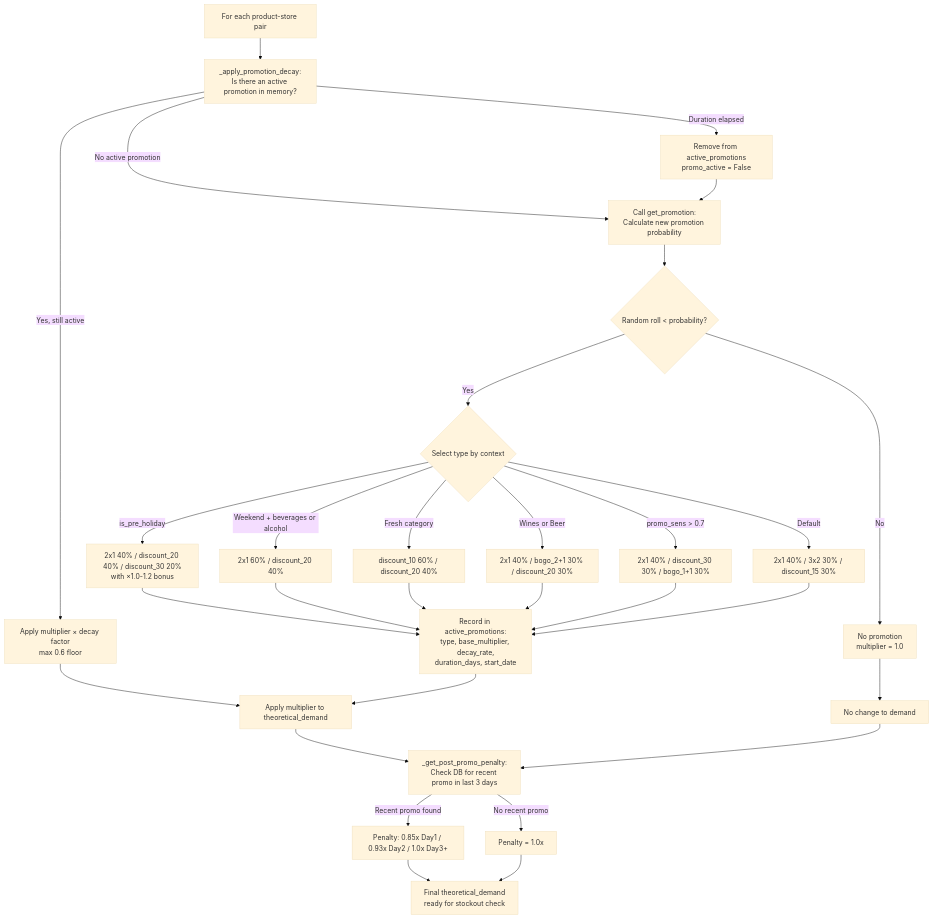
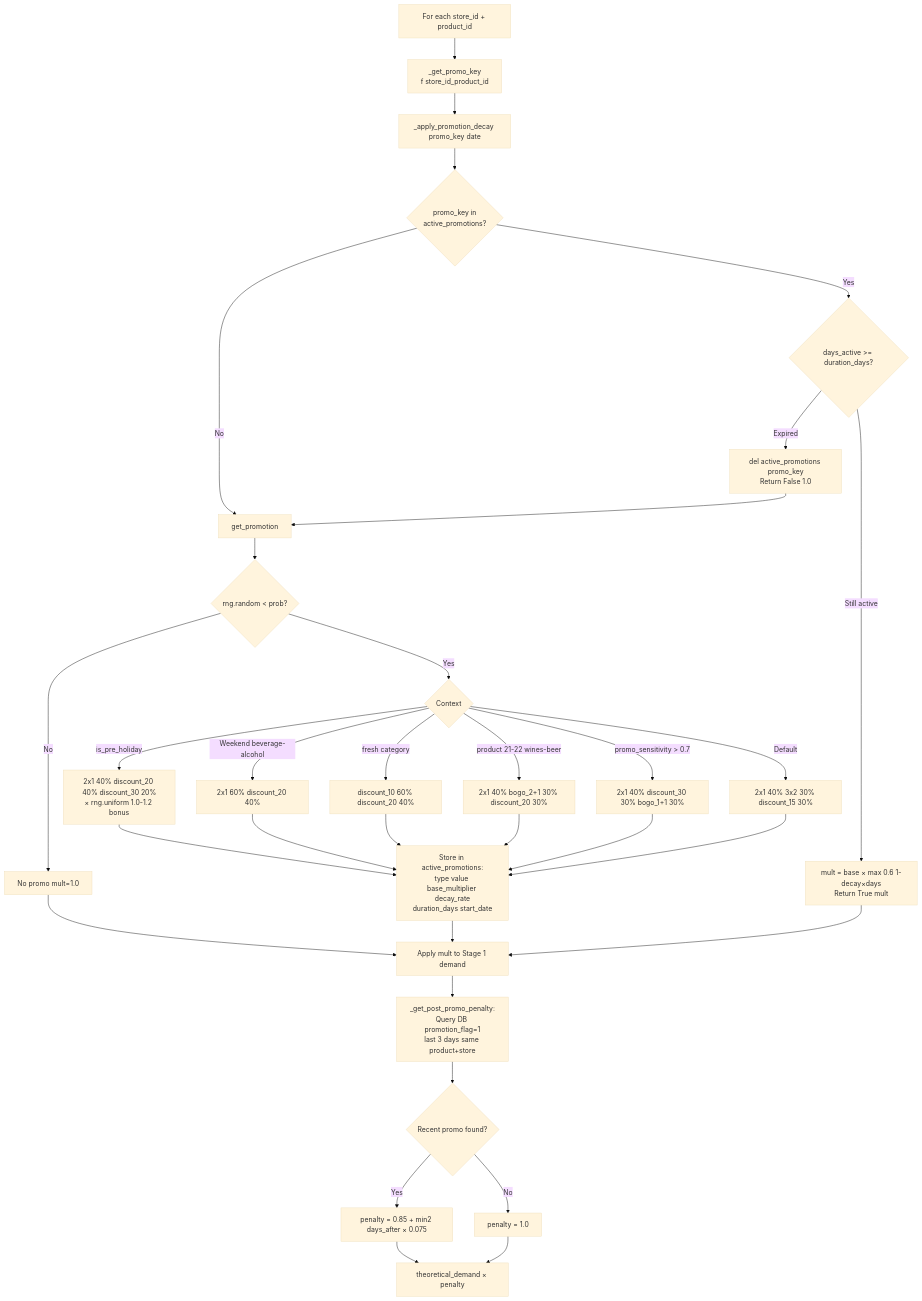
One commit to adroguetth/Sales-Monitoring-Engine changed the fourth of 5 diagrams in Documentation_EN/1_2.sales_generator.md. Above: the diagram before and after it, drawn with Mermaid (base theme). The commit also changed other lines of this file, not shown here.

````diff
--- a/Documentation_EN/1_2.sales_generator.md
+++ b/Documentation_EN/1_2.sales_generator.md
@@ -370,32 +337,31 @@
 ```mermaid
 flowchart TD
-    A[For each product-store pair] --> B[_apply_promotion_decay:\nIs there an active promotion in memory?]
+    A[For each store_id + product_id] --> B[_get_promo_key\nf store_id_product_id]
+    B --> C[_apply_promotion_decay promo_key date]
 
-    B -->|Yes, still active| C[Apply multiplier × decay factor\nmax 0.6 floor]
-    B -->|Duration elapsed| D[Remove from active_promotions\npromo_active = False]
-    B -->|No active promotion| E[Call get_promotion:\nCalculate new promotion probability]
+    C --> D{promo_key in\nactive_promotions?}
+    D -->|No| NEW[get_promotion]
+    D -->|Yes| E{days_active >= duration_days?}
+    E -->|Expired| EX[del active_promotions promo_key\nReturn False 1.0]
+    EX --> NEW
+    E -->|Still active| LIVE[mult = base × max 0.6 1-decay×days\nReturn True mult]
 
-    D --> E
+    NEW --> F{rng.random < prob?}
+    F -->|No| NONE[No promo mult=1.0]
+    F -->|Yes| CTX{Context}
+    CTX -->|is_pre_holiday| P1[2x1 40% discount_20 40% discount_30 20%\n× rng.uniform 1.0-1.2 bonus]
+    CTX -->|Weekend beverage-alcohol| P2[2x1 60% discount_20 40%]
+    CTX -->|fresh category| P3[discount_10 60% discount_20 40%]
+    CTX -->|product 21-22 wines-beer| P4[2x1 40% bogo_2+1 30% discount_20 30%]
+    CTX -->|promo_sensitivity > 0.7| P5[2x1 40% discount_30 30% bogo_1+1 30%]
+    CTX -->|Default| P6[2x1 40% 3x2 30% discount_15 30%]
 
-    E --> F{Random roll < probability?}
-    F -->|No| G[No promotion\nmultiplier = 1.0]
-    F -->|Yes| H{Select type by context}
+    P1 & P2 & P3 & P4 & P5 & P6 --> SAVE[Store in active_promotions:\ntype value base_multiplier decay_rate\nduration_days start_date]
 
-    H -->|is_pre_holiday| I[2x1 40% / discount_20 40% / discount_30 20%\nwith ×1.0-1.2 bonus]
-    H -->|Weekend + beverages or alcohol| J[2x1 60% / discount_20 40%]
-    H -->|Fresh category| K[discount_10 60% / discount_20 40%]
-    H -->|Wines or Beer| L[2x1 40% / bogo_2+1 30% / discount_20 30%]
-    H -->|promo_sens > 0.7| M[2x1 40% / discount_30 30% / bogo_1+1 30%]
-    H -->|Default| N[2x1 40% / 3x2 30% / discount_15 30%]
-
-    I & J & K & L & M & N --> O[Record in active_promotions:\ntype, base_multiplier, decay_rate,\nduration_days, start_date]
-
-    C & O --> P[Apply multiplier to theoretical_demand]
-    G --> Q[No change to demand]
-
-    P & Q --> R[_get_post_promo_penalty:\nCheck DB for recent promo in last 3 days]
-    R -->|Recent promo found| S[Penalty: 0.85x Day1 / 0.93x Day2 / 1.0x Day3+]
-    R -->|No recent promo| T[Penalty = 1.0x]
-
-    S & T --> U[Final theoretical_demand\nready for stockout check]
+    LIVE & SAVE & NONE --> APPLY[Apply mult to Stage 1 demand]
+    APPLY --> PEN[_get_post_promo_penalty:\nQuery DB promotion_flag=1\nlast 3 days same product+store]
+    PEN --> V{Recent promo found?}
+    V -->|Yes| VA[penalty = 0.85 + min2 days_after × 0.075]
+    V -->|No| VB[penalty = 1.0]
+    VA & VB --> FINAL[theoretical_demand × penalty]
 ```
````
